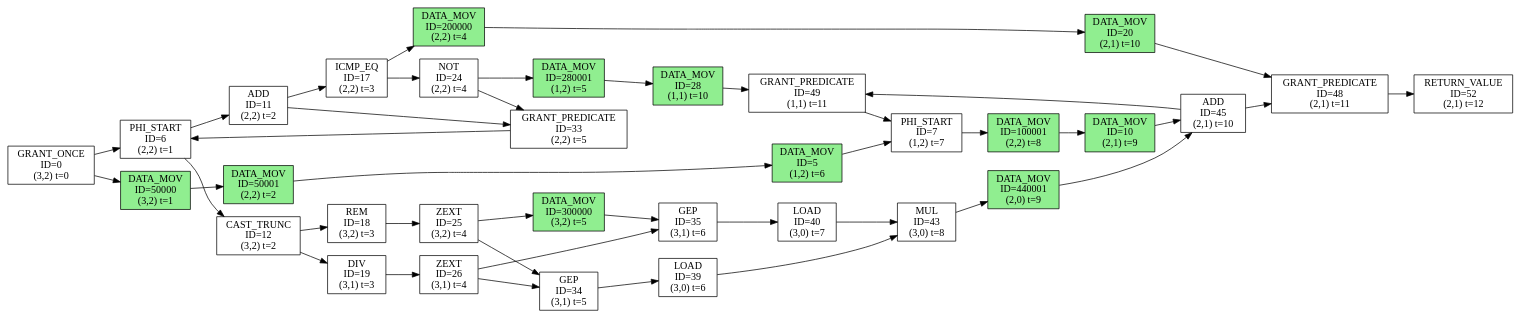
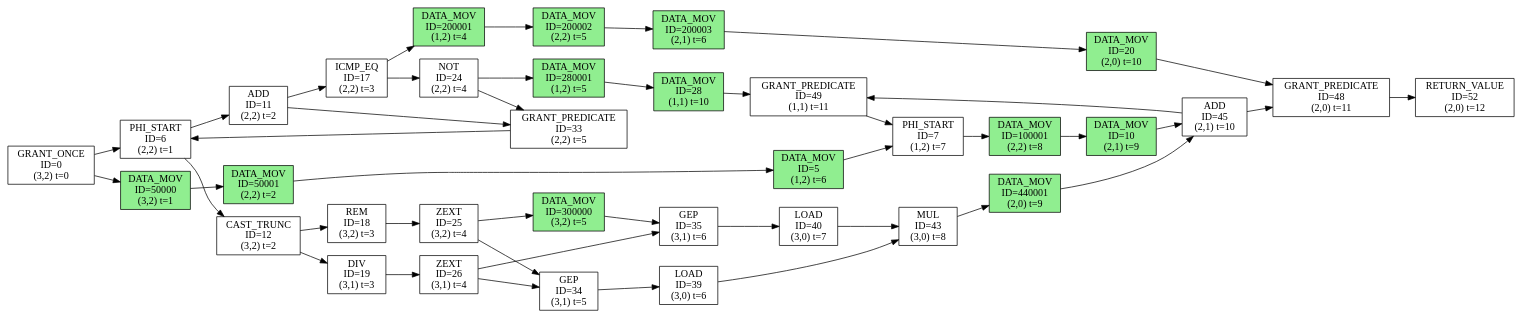
Before and after one commit to sarchlab/Zeonica_Testbench: the diagram in kernel/conv/tmp-generated-dfg.dot, drawn with Graphviz. The commit also changed 3 other files, not shown here.

```diff
--- a/kernel/conv/tmp-generated-dfg.dot
+++ b/kernel/conv/tmp-generated-dfg.dot
@@ -1,76 +1,80 @@
 digraph DFG {
   rankdir=LR;
   node [shape=box, style=filled];
   n0 [label="GRANT_ONCE\nID=0\n(3,2) t=0", fillcolor=white];
   n5 [label="DATA_MOV\nID=5\n(1,2) t=6", fillcolor=lightgreen];
   n6 [label="PHI_START\nID=6\n(2,2) t=1", fillcolor=white];
   n7 [label="PHI_START\nID=7\n(1,2) t=7", fillcolor=white];
   n10 [label="DATA_MOV\nID=10\n(2,1) t=9", fillcolor=lightgreen];
   n11 [label="ADD\nID=11\n(2,2) t=2", fillcolor=white];
   n12 [label="CAST_TRUNC\nID=12\n(3,2) t=2", fillcolor=white];
   n17 [label="ICMP_EQ\nID=17\n(2,2) t=3", fillcolor=white];
   n18 [label="REM\nID=18\n(3,2) t=3", fillcolor=white];
   n19 [label="DIV\nID=19\n(3,1) t=3", fillcolor=white];
-  n20 [label="DATA_MOV\nID=20\n(2,1) t=10", fillcolor=lightgreen];
+  n20 [label="DATA_MOV\nID=20\n(2,0) t=10", fillcolor=lightgreen];
   n24 [label="NOT\nID=24\n(2,2) t=4", fillcolor=white];
   n25 [label="ZEXT\nID=25\n(3,2) t=4", fillcolor=white];
   n26 [label="ZEXT\nID=26\n(3,1) t=4", fillcolor=white];
   n28 [label="DATA_MOV\nID=28\n(1,1) t=10", fillcolor=lightgreen];
   n33 [label="GRANT_PREDICATE\nID=33\n(2,2) t=5", fillcolor=white];
   n34 [label="GEP\nID=34\n(3,1) t=5", fillcolor=white];
   n35 [label="GEP\nID=35\n(3,1) t=6", fillcolor=white];
   n39 [label="LOAD\nID=39\n(3,0) t=6", fillcolor=white];
   n40 [label="LOAD\nID=40\n(3,0) t=7", fillcolor=white];
   n43 [label="MUL\nID=43\n(3,0) t=8", fillcolor=white];
   n45 [label="ADD\nID=45\n(2,1) t=10", fillcolor=white];
-  n48 [label="GRANT_PREDICATE\nID=48\n(2,1) t=11", fillcolor=white];
+  n48 [label="GRANT_PREDICATE\nID=48\n(2,0) t=11", fillcolor=white];
   n49 [label="GRANT_PREDICATE\nID=49\n(1,1) t=11", fillcolor=white];
-  n52 [label="RETURN_VALUE\nID=52\n(2,1) t=12", fillcolor=white];
+  n52 [label="RETURN_VALUE\nID=52\n(2,0) t=12", fillcolor=white];
   n50000 [label="DATA_MOV\nID=50000\n(3,2) t=1", fillcolor=lightgreen];
   n50001 [label="DATA_MOV\nID=50001\n(2,2) t=2", fillcolor=lightgreen];
   n100001 [label="DATA_MOV\nID=100001\n(2,2) t=8", fillcolor=lightgreen];
-  n200000 [label="DATA_MOV\nID=200000\n(2,2) t=4", fillcolor=lightgreen];
+  n200001 [label="DATA_MOV\nID=200001\n(1,2) t=4", fillcolor=lightgreen];
+  n200002 [label="DATA_MOV\nID=200002\n(2,2) t=5", fillcolor=lightgreen];
+  n200003 [label="DATA_MOV\nID=200003\n(2,1) t=6", fillcolor=lightgreen];
   n280001 [label="DATA_MOV\nID=280001\n(1,2) t=5", fillcolor=lightgreen];
   n300000 [label="DATA_MOV\nID=300000\n(3,2) t=5", fillcolor=lightgreen];
   n440001 [label="DATA_MOV\nID=440001\n(2,0) t=9", fillcolor=lightgreen];
   n0 -> n50000;
   n50000 -> n50001;
   n50001 -> n5;
   n5 -> n7;
   n25 -> n300000;
   n43 -> n440001;
   n7 -> n100001;
   n100001 -> n10;
   n10 -> n45;
   n24 -> n280001;
   n280001 -> n28;
   n28 -> n49;
-  n17 -> n200000;
-  n200000 -> n20;
+  n17 -> n200001;
+  n200001 -> n200002;
+  n200002 -> n200003;
+  n200003 -> n20;
   n20 -> n48;
   n45 -> n49;
   n45 -> n48;
   n39 -> n43;
   n33 -> n6;
   n26 -> n35;
   n26 -> n34;
   n0 -> n6;
   n300000 -> n35;
   n34 -> n39;
   n6 -> n11;
   n48 -> n52;
   n17 -> n24;
   n35 -> n40;
   n6 -> n12;
   n49 -> n7;
   n18 -> n25;
   n40 -> n43;
   n11 -> n33;
   n11 -> n17;
   n24 -> n33;
   n440001 -> n45;
   n12 -> n18;
   n12 -> n19;
   n25 -> n34;
   n19 -> n26;
 }
```
